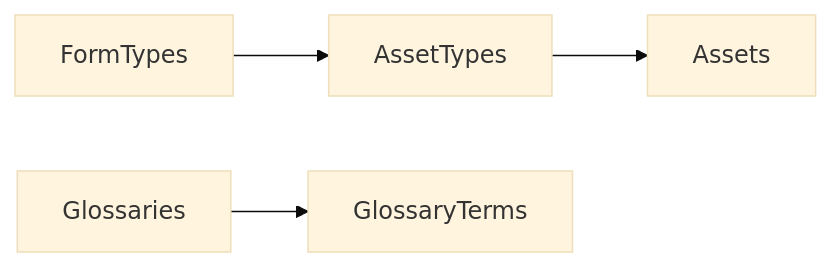
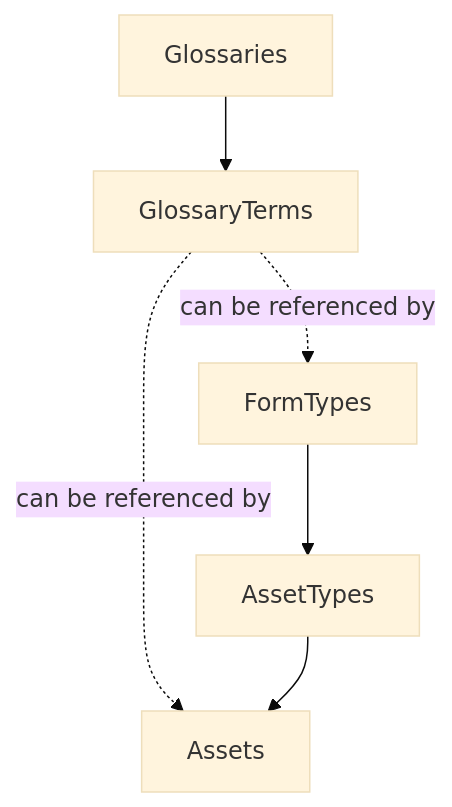
One commit to vasu2856/CICD-for-SageMakerUnifiedStudio-public changed the second of 2 diagrams in .kiro/specs/datazone-catalog-import-export/design.md. Above: the diagram before and after it, drawn with Mermaid (base theme). The commit also changed other lines of this file and 3 other files, not shown here.

````diff
--- a/.kiro/specs/datazone-catalog-import-export/design.md
+++ b/.kiro/specs/datazone-catalog-import-export/design.md
@@ -343,6 +304,8 @@
 ```mermaid
-graph LR
-    FT[FormTypes] --> AT[AssetTypes]
-    AT --> A[Assets]
+graph TD
     G[Glossaries] --> GT[GlossaryTerms]
+    GT -.can be referenced by.-> A[Assets]
+    GT -.can be referenced by.-> FT[FormTypes]
+    FT --> AT[AssetTypes]
+    AT --> A
 ```
````
